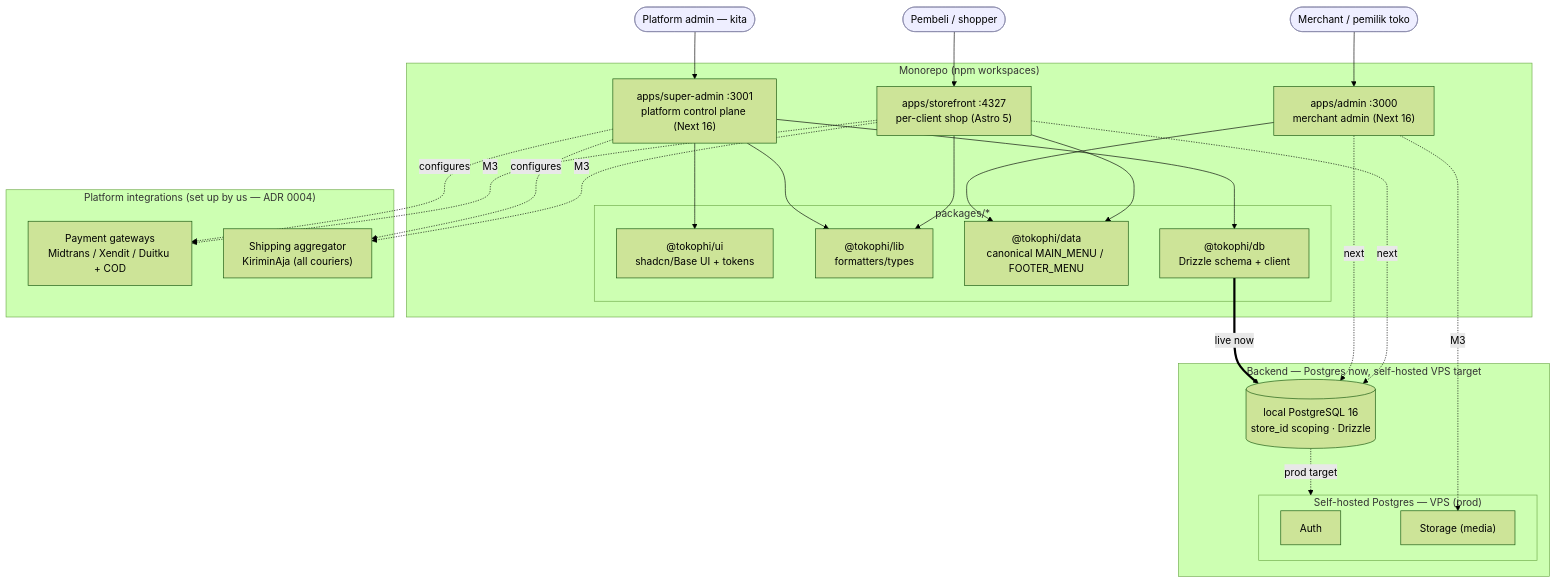
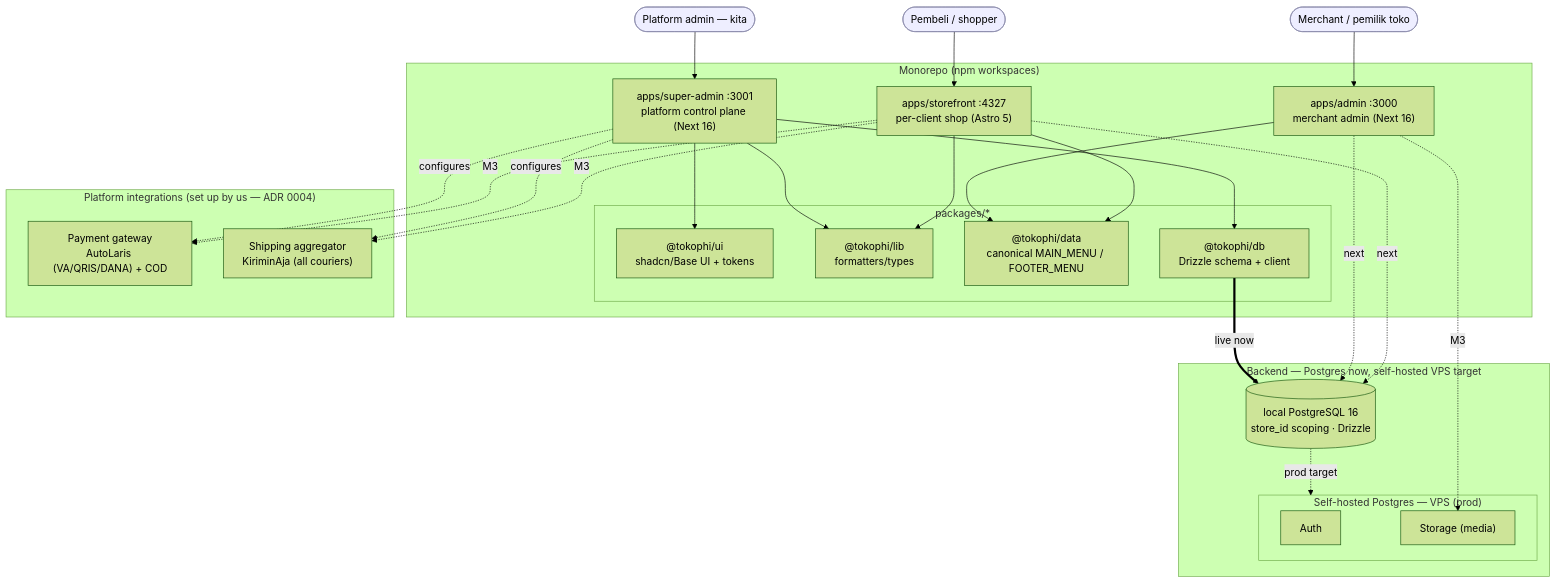
The first of 11 diagrams in specs/docs/UML.md (ongkipro/tokophi), drawn with Mermaid (forest theme) before and after one commit. The commit also changed 8 other files, not shown here.

First line of the commit message:
docs: full MD refresh — payment (AutoLaris) + shipping complete, brand policy, migrations 0000–0016

````diff
--- a/specs/docs/UML.md
+++ b/specs/docs/UML.md
@@ -10,54 +10,54 @@
 ```mermaid
 graph TB
   Shopper([Pembeli / shopper]):::user
   Merchant([Merchant / pemilik toko]):::user
   PlatformAdmin([Platform admin — kita]):::user
 
   subgraph Monorepo["Monorepo (npm workspaces)"]
     Admin["apps/admin :3000<br/>merchant admin (Next 16)"]
     SuperAdmin["apps/super-admin :3001<br/>platform control plane (Next 16)"]
     Storefront["apps/storefront :4327<br/>per-client shop (Astro 5)"]
     subgraph Packages["packages/*"]
       UI["@tokophi/ui<br/>shadcn/Base UI + tokens"]
       Lib["@tokophi/lib<br/>formatters/types"]
       Data["@tokophi/data<br/>canonical MAIN_MENU / FOOTER_MENU"]
       Db["@tokophi/db<br/>Drizzle schema + client"]
     end
   end
 
   subgraph Backend["Backend — Postgres now, self-hosted VPS target"]
     PGSQL[("local PostgreSQL 16<br/>store_id scoping · Drizzle")]
     subgraph Sb["Self-hosted Postgres — VPS (prod)"]
       Auth["Auth"]
       Storage["Storage (media)"]
     end
   end
 
   subgraph Integrations["Platform integrations (set up by us — ADR 0004)"]
-    PG["Payment gateways<br/>Midtrans / Xendit / Duitku + COD"]
+    PG["Payment gateway<br/>AutoLaris (VA/QRIS/DANA) + COD"]
     AGG["Shipping aggregator<br/>KiriminAja (all couriers)"]
   end
 
   Shopper --> Storefront
   Merchant --> Admin
   PlatformAdmin --> SuperAdmin
 
   SuperAdmin --> UI
   SuperAdmin --> Lib
   Admin --> Data
   Storefront --> Lib
   Storefront --> Data
 
   SuperAdmin --> Db
   Db ==>|live now| PGSQL
   Admin -. next .-> PGSQL
   Storefront -. next .-> PGSQL
   PGSQL -. prod target .-> Sb
   Admin -. M3 .-> Storage
   SuperAdmin -. configures .-> PG
   SuperAdmin -. configures .-> AGG
   Storefront -. M3 .-> PG
   Storefront -. M3 .-> AGG
 
   classDef user fill:#eef,stroke:#88a;
 ```
````
